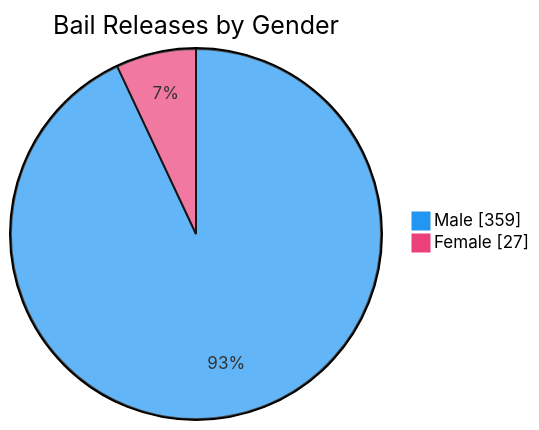
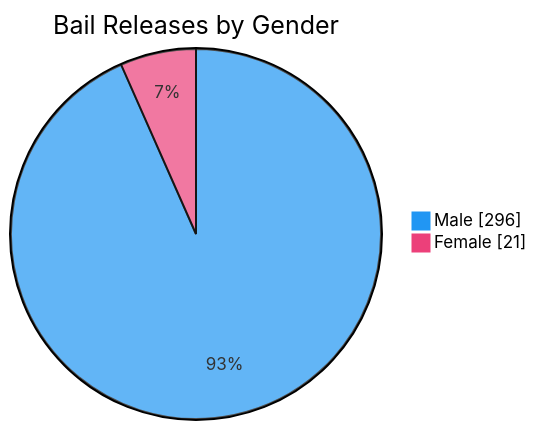
Before and after one commit to nuuuwan/lk_prisons: the seventh of 7 diagrams in README.md, drawn with Mermaid. The commit also changed other lines of this file and 1 other file, not shown here.

````diff
--- a/README.md
+++ b/README.md
@@ -109,6 +109,6 @@
 ```mermaid
 %%{init: {'themeVariables': {'pie1': '#2196F3', 'pie2': '#EC407A'}}}%%
 pie showData title Bail Releases by Gender
-    "Male" : 359
-    "Female" : 27
+    "Male" : 296
+    "Female" : 21
 ```
````
